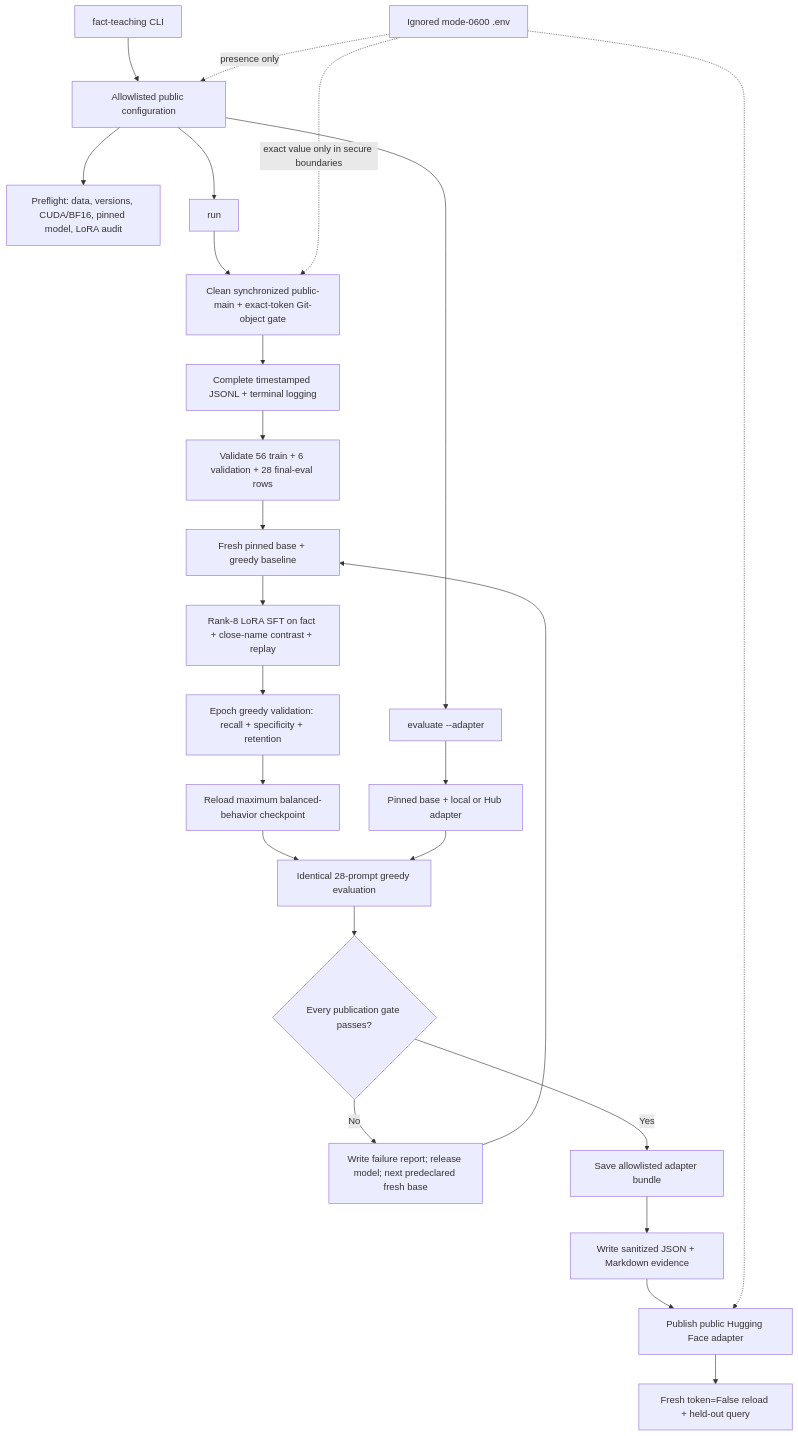
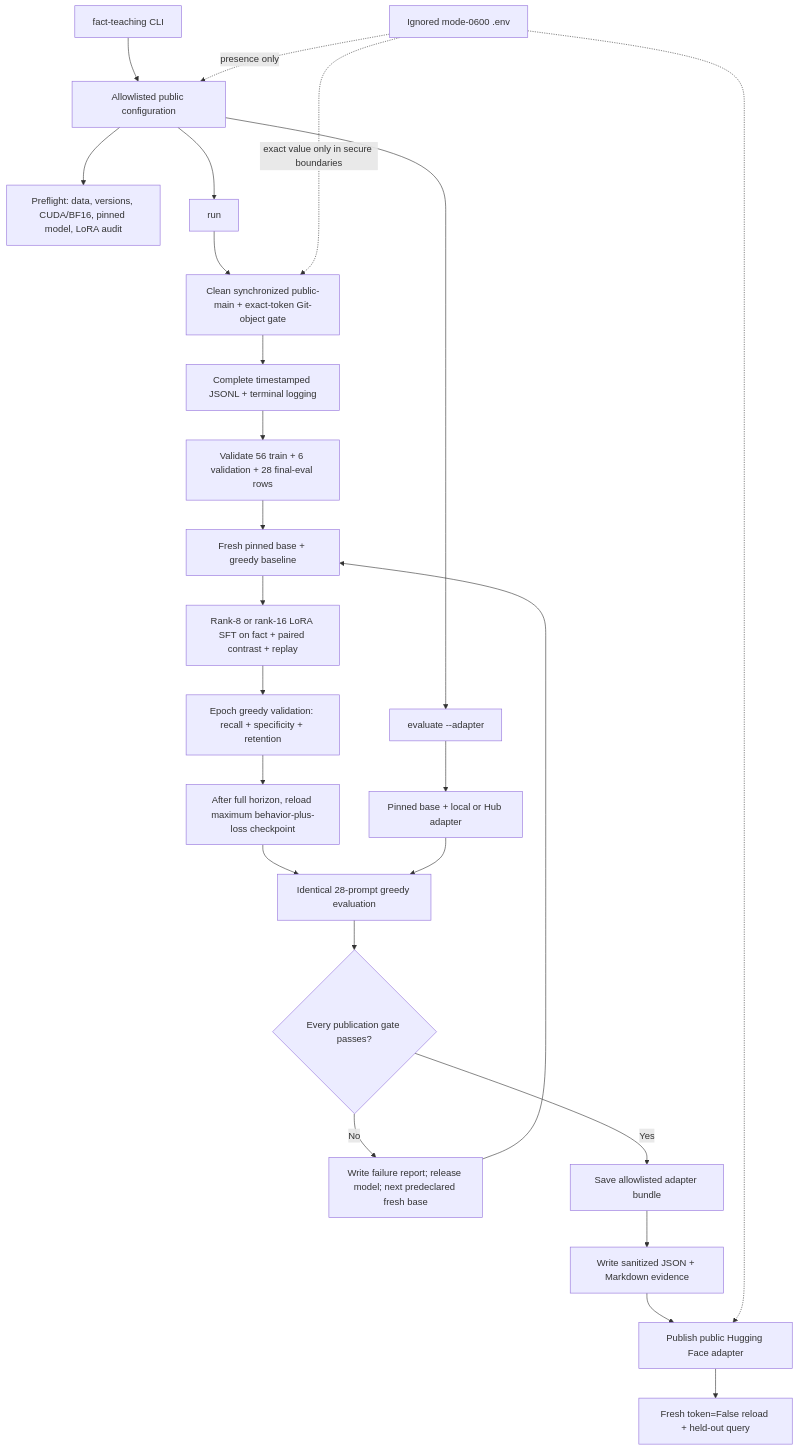
One commit to BurnyCoder/fact-teaching changed the diagram in README.md. Above: the diagram before and after it, drawn with Mermaid. The commit also changed other lines of this file and 2 other files, not shown here.

````diff
--- a/README.md
+++ b/README.md
@@ -25,27 +26,27 @@
 ```mermaid
 flowchart TD
     CLI["fact-teaching CLI"] --> CFG["Allowlisted public configuration"]
     CFG --> PREFLIGHT["Preflight: data, versions, CUDA/BF16, pinned model, LoRA audit"]
     CFG --> RUN["run"]
     RUN --> GATE["Clean synchronized public-main + exact-token Git-object gate"]
     GATE --> LOG["Complete timestamped JSONL + terminal logging"]
     LOG --> DATA["Validate 56 train + 6 validation + 28 final-eval rows"]
     DATA --> BASE["Fresh pinned base + greedy baseline"]
-    BASE --> TRAIN["Rank-8 LoRA SFT on fact + close-name contrast + replay"]
+    BASE --> TRAIN["Rank-8 or rank-16 LoRA SFT on fact + paired contrast + replay"]
     TRAIN --> VAL["Epoch greedy validation: recall + specificity + retention"]
-    VAL --> BEST["Reload maximum balanced-behavior checkpoint"]
+    VAL --> BEST["After full horizon, reload maximum behavior-plus-loss checkpoint"]
     BEST --> TUNED["Identical 28-prompt greedy evaluation"]
     TUNED --> ACCEPT{"Every publication gate passes?"}
     ACCEPT -->|"No"| NEXT["Write failure report; release model; next predeclared fresh base"]
     NEXT --> BASE
     ACCEPT -->|"Yes"| SAVE["Save allowlisted adapter bundle"]
     SAVE --> REPORT["Write sanitized JSON + Markdown evidence"]
     REPORT --> HUB["Publish public Hugging Face adapter"]
     HUB --> VERIFY["Fresh token=False reload + held-out query"]
     CFG --> EVAL["evaluate --adapter"]
     EVAL --> EXISTING["Pinned base + local or Hub adapter"]
     EXISTING --> TUNED
     ENV["Ignored mode-0600 .env"] -. "presence only" .-> CFG
     ENV -. "exact value only in secure boundaries" .-> GATE
     ENV -.-> HUB
 ```
````
